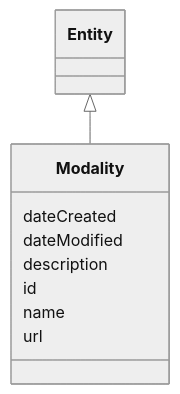
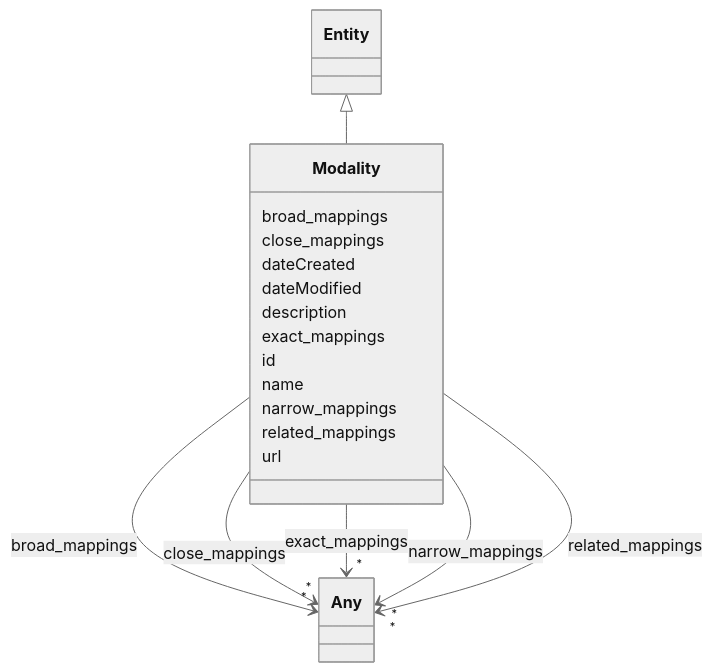
Before and after one commit to ingelise/risk-atlas-nexus: the diagram in docs/ontology/Modality.md, drawn with Mermaid (neutral theme). The commit also changed other lines of this file and 180 other files, not shown here.

````diff
--- a/docs/ontology/Modality.md
+++ b/docs/ontology/Modality.md
@@ -18,21 +18,76 @@
 ```mermaid
  classDiagram
     class Modality
     click Modality href "../Modality/"
       Entity <|-- Modality
         click Entity href "../Entity/"
 
+      Modality : broad_mappings
+
+
+
+
+
+        Modality --> "*" Any : broad_mappings
+        click Any href "../Any/"
+
+
+
+      Modality : close_mappings
+
+
+
+
+
+        Modality --> "*" Any : close_mappings
+        click Any href "../Any/"
+
+
+
       Modality : dateCreated
 
       Modality : dateModified
 
       Modality : description
 
+      Modality : exact_mappings
+
+
+
+
+
+        Modality --> "*" Any : exact_mappings
+        click Any href "../Any/"
+
+
+
       Modality : id
 
       Modality : name
+
+      Modality : narrow_mappings
+
+
+
+
+
+        Modality --> "*" Any : narrow_mappings
+        click Any href "../Any/"
+
+
+
+      Modality : related_mappings
+
+
+
+
+
+        Modality --> "*" Any : related_mappings
+        click Any href "../Any/"
+
+
 
       Modality : url
 
 
 ```
````
